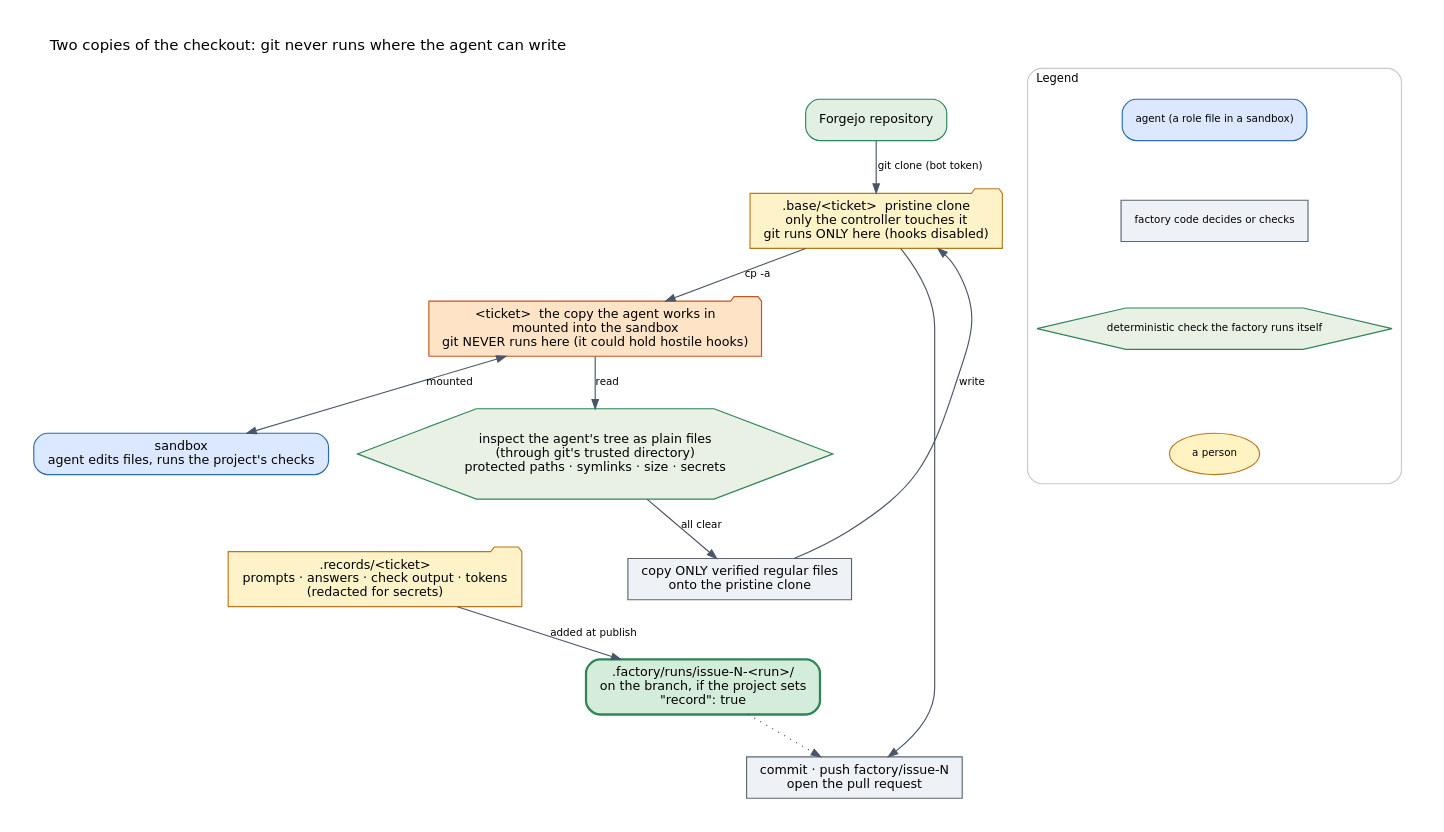
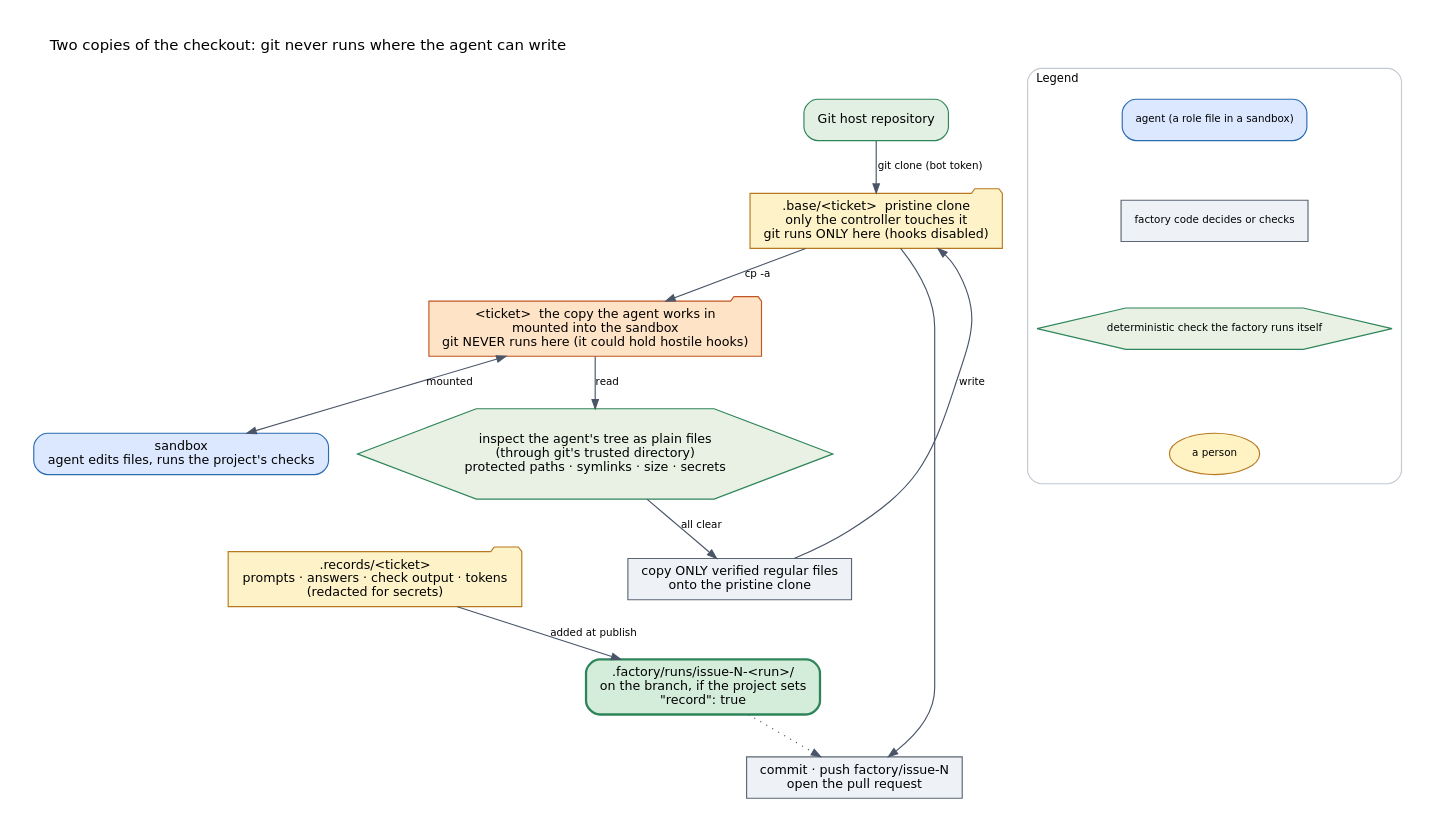
One commit to ai-sdlc-factory/ai-sdlc-factory changed the diagram in docs/diagrams/workspace-trust.dot. Above: the diagram before and after it, drawn with Graphviz. The commit also changed 21 other files, not shown here.

```diff
--- a/docs/diagrams/workspace-trust.dot
+++ b/docs/diagrams/workspace-trust.dot
@@ -1,37 +1,37 @@
 digraph workspace_trust {
   graph [rankdir=TB, fontname="DejaVu Sans", fontsize=13, bgcolor=white, pad=0.3, nodesep=0.35, ranksep=0.5, labelloc=t, labeljust=l, compound=true];
   node  [fontname="DejaVu Sans", fontsize=11, shape=box, style="rounded,filled", margin="0.15,0.08", fillcolor="#eef2f6", color="#5b6773"];
   edge  [fontname="DejaVu Sans", fontsize=9, color="#4a5568", arrowsize=0.8];
   label="Two copies of the checkout: git never runs where the agent can write";
 
-  forgejo [label="Forgejo repository", shape=box, style="rounded,filled", fillcolor="#e1f0e3", color="#2f855a"];
+  host [label="Git host repository", shape=box, style="rounded,filled", fillcolor="#e1f0e3", color="#2f855a"];
   base    [label=".base/<ticket>  pristine clone\nonly the controller touches it\ngit runs ONLY here (hooks disabled)", shape=folder, style="filled", fillcolor="#fdf2c8", color="#b7791f"];
   work    [label="<ticket>  the copy the agent works in\nmounted into the sandbox\ngit NEVER runs here (it could hold hostile hooks)", shape=folder, style="filled", fillcolor="#ffe3c7", color="#c05621"];
   sandbox [label="sandbox\nagent edits files, runs the project's checks", shape=box, style="rounded,filled", fillcolor="#dbe8ff", color="#2b6cb0"];
   inspect [label="inspect the agent's tree as plain files\n(through git's trusted directory)\nprotected paths · symlinks · size · secrets", shape=hexagon, style="filled", fillcolor="#e8f1e4", color="#2f855a"];
   apply   [label="copy ONLY verified regular files\nonto the pristine clone", shape=box, style="filled", fillcolor="#eef2f6", color="#5b6773"];
   commit  [label="commit · push factory/issue-N\nopen the pull request", shape=box, style="filled", fillcolor="#eef2f6", color="#5b6773"];
   rec     [label=".records/<ticket>\nprompts · answers · check output · tokens\n(redacted for secrets)", shape=folder, style="filled", fillcolor="#fdf2c8", color="#b7791f"];
   runs    [label=".factory/runs/issue-N-<run>/\non the branch, if the project sets\n\"record\": true", shape=box, style="rounded,filled,bold", fillcolor="#d4edda", color="#2f855a"];
 
-  forgejo -> base [label="git clone (bot token)"];
+  host -> base [label="git clone (bot token)"];
   base -> work [label="cp -a"];
   work -> sandbox [dir=both, label="mounted"];
   work -> inspect [label="read"];
   inspect -> apply [label="all clear"];
   base -> apply [style=invis];
   apply -> base [label="write", constraint=false];
   base -> commit;
   sandbox -> rec [style=invis];
   rec -> runs [label="added at publish"];
   runs -> commit [style=dotted];
 
   subgraph cluster_legend {
     label="Legend"; style="rounded"; color="#c3cad2"; fontsize=10; rank=sink;
     wol1 [label="agent (a role file in a sandbox)", shape=box, style="rounded,filled", fillcolor="#dbe8ff", color="#2b6cb0", fontsize=9];
     wol2 [label="factory code decides or checks", shape=box, style="filled", fillcolor="#eef2f6", color="#5b6773", fontsize=9];
     wol3 [label="deterministic check the factory runs itself", shape=hexagon, style="filled", fillcolor="#e8f1e4", color="#2f855a", fontsize=9];
     wol4 [label="a person", shape=ellipse, style="filled", fillcolor="#fff3c4", color="#b7791f", fontsize=9];
     wol1 -> wol2 -> wol3 -> wol4 [style=invis];
   }
 }
```
